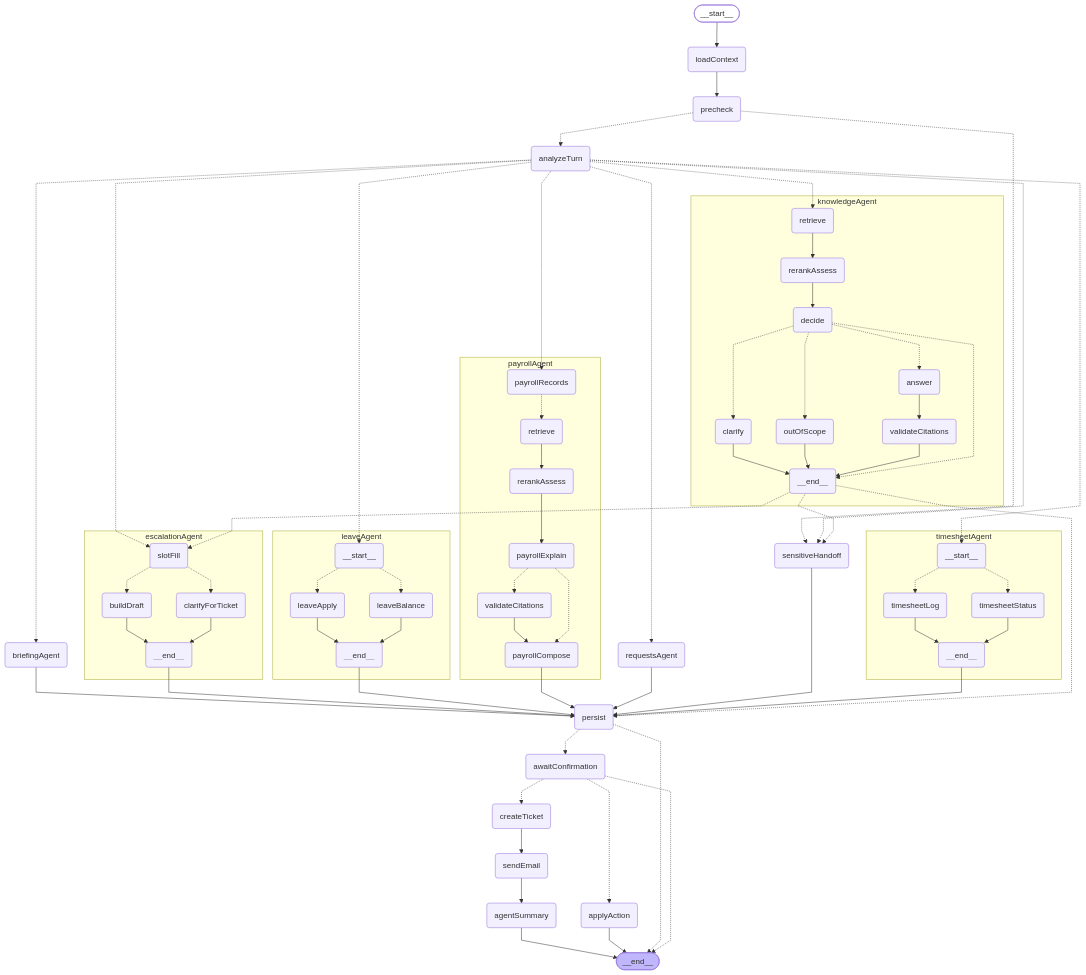
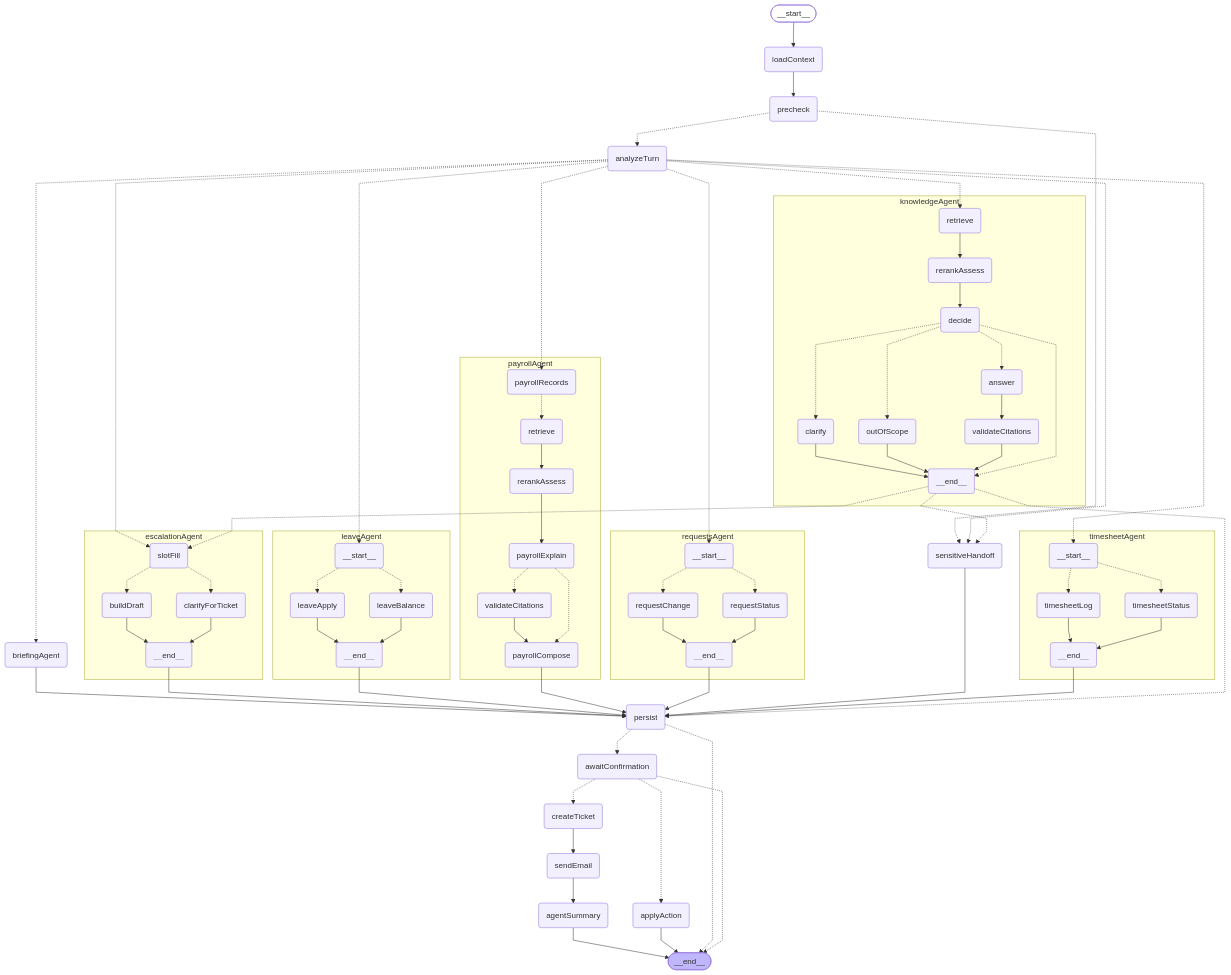
One commit to Dewanshu93/AI-Support-System changed the diagram in docs/ARCHITECTURE.md. Above: the diagram before and after it, drawn with Mermaid. The commit also changed other lines of this file and 41 other files, not shown here.

```diff
--- a/docs/ARCHITECTURE.md
+++ b/docs/ARCHITECTURE.md
@@ -404,7 +404,10 @@
 	timesheetAgent_timesheetStatus(timesheetStatus)
 	timesheetAgent_timesheetLog(timesheetLog)
 	timesheetAgent___end__(<p>__end__</p>)
-	requestsAgent(requestsAgent)
+	requestsAgent___start__(<p>__start__</p>)
+	requestsAgent_requestStatus(requestStatus)
+	requestsAgent_requestChange(requestChange)
+	requestsAgent___end__(<p>__end__</p>)
 	payrollAgent_payrollRecords(payrollRecords)
 	payrollAgent_retrieve(retrieve)
 	payrollAgent_rerankAssess(rerankAssess)
@@ -433,7 +436,7 @@
 	leaveAgent___end__ --> persist;
 	loadContext --> precheck;
 	payrollAgent_payrollCompose --> persist;
-	requestsAgent --> persist;
+	requestsAgent___end__ --> persist;
 	sendEmail --> agentSummary;
 	sensitiveHandoff --> persist;
 	timesheetAgent___end__ --> persist;
@@ -442,7 +445,7 @@
 	analyzeTurn -.-> sensitiveHandoff;
 	analyzeTurn -.-> escalationAgent_slotFill;
 	analyzeTurn -.-> timesheetAgent___start__;
-	analyzeTurn -.-> requestsAgent;
+	analyzeTurn -.-> requestsAgent___start__;
 	analyzeTurn -.-> payrollAgent_payrollRecords;
 	analyzeTurn -.-> leaveAgent___start__;
 	analyzeTurn -.-> briefingAgent;
@@ -479,6 +482,12 @@
 	timesheetAgent___start__ -.-> timesheetAgent_timesheetLog;
 	timesheetAgent___start__ -.-> timesheetAgent_timesheetStatus;
 	end
+	subgraph requestsAgent
+	requestsAgent_requestChange --> requestsAgent___end__;
+	requestsAgent_requestStatus --> requestsAgent___end__;
+	requestsAgent___start__ -.-> requestsAgent_requestChange;
+	requestsAgent___start__ -.-> requestsAgent_requestStatus;
+	end
 	subgraph payrollAgent
 	payrollAgent_rerankAssess --> payrollAgent_payrollExplain;
 	payrollAgent_retrieve --> payrollAgent_rerankAssess;
```
